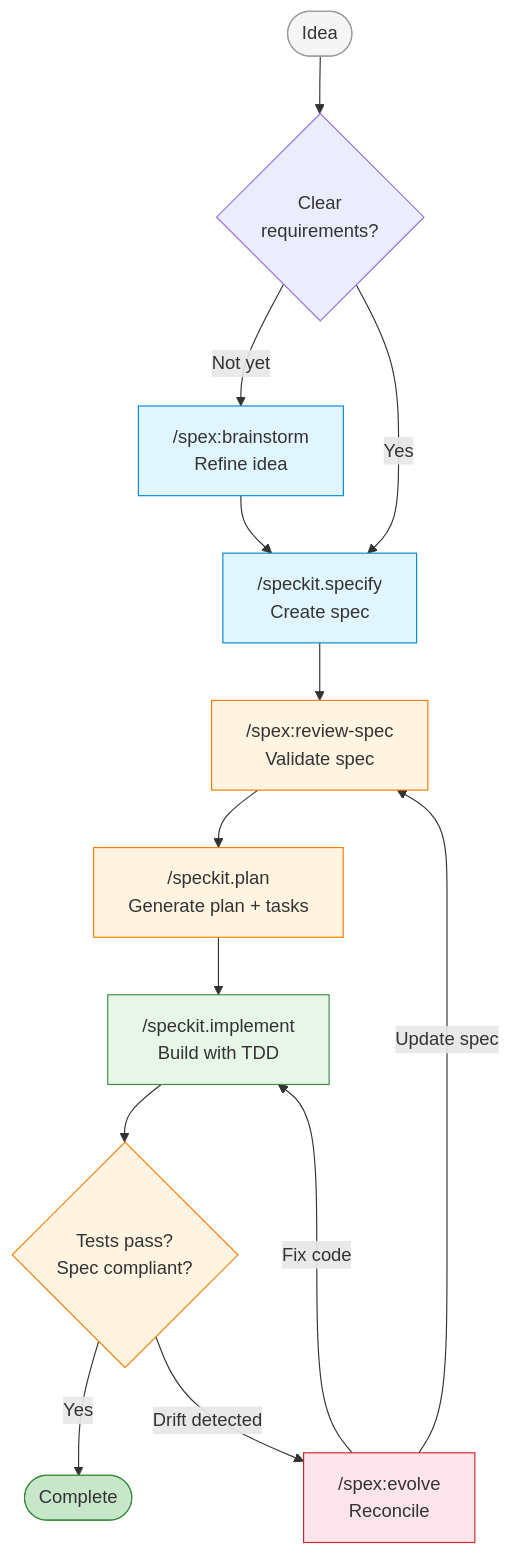
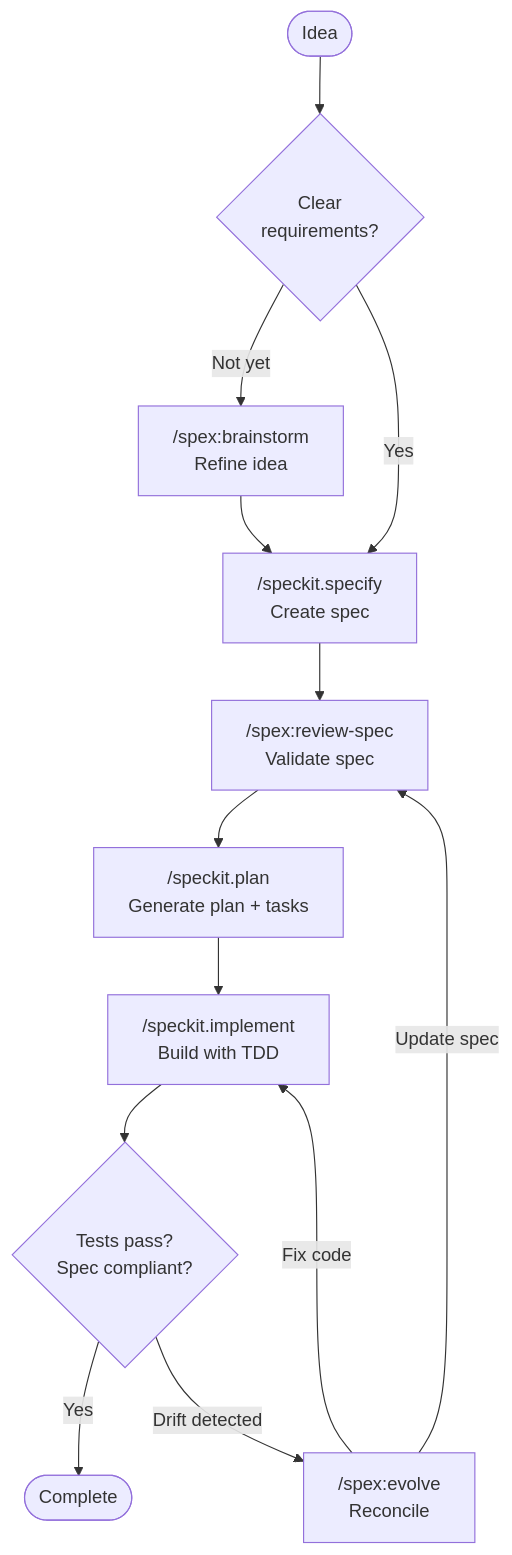
The diagram in README.md (rhuss/cc-sdd), drawn with Mermaid before and after one commit. The commit also changed other lines of this file, not shown here.

Commit message:
Fix README: remove mermaid colors, fix heading capitalization

````diff
--- a/README.md
+++ b/README.md
@@ -24,31 +24,22 @@
 ```mermaid
 flowchart TD
     Start([Idea]) --> HasClarity{Clear<br>requirements?}
 
     HasClarity -->|Not yet| Brainstorm["/spex:brainstorm<br>Refine idea"]
     HasClarity -->|Yes| Specify["/speckit.specify<br>Create spec"]
 
     Brainstorm --> Specify
 
     Specify --> Review["/spex:review-spec<br>Validate spec"]
     Review --> Plan["/speckit.plan<br>Generate plan + tasks"]
     Plan --> Implement["/speckit.implement<br>Build with TDD"]
 
     Implement --> Verify{Tests pass?<br>Spec compliant?}
 
     Verify -->|Yes| Done([Complete])
     Verify -->|Drift detected| Evolve["/spex:evolve<br>Reconcile"]
 
     Evolve -->|Update spec| Review
     Evolve -->|Fix code| Implement
 
-    style Start fill:#f5f5f5,stroke:#999
-    style Brainstorm fill:#e1f5ff,stroke:#0288d1
-    style Specify fill:#e1f5ff,stroke:#0288d1
-    style Review fill:#fff4e1,stroke:#f57c00
-    style Plan fill:#fff4e1,stroke:#f57c00
-    style Implement fill:#e8f5e9,stroke:#388e3c
-    style Verify fill:#fff4e1,stroke:#f57c00
-    style Evolve fill:#fce4ec,stroke:#c62828
-    style Done fill:#c8e6c9,stroke:#388e3c
 ```
````
